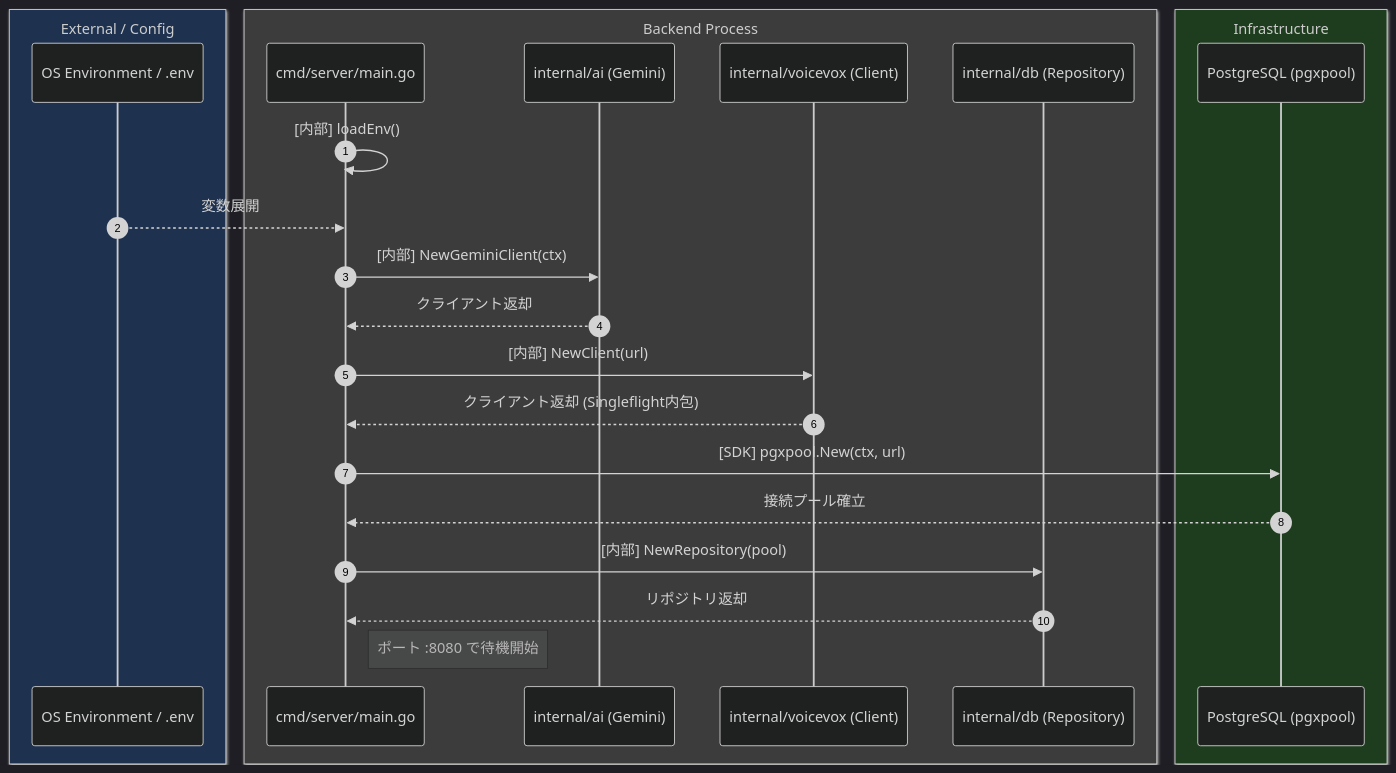
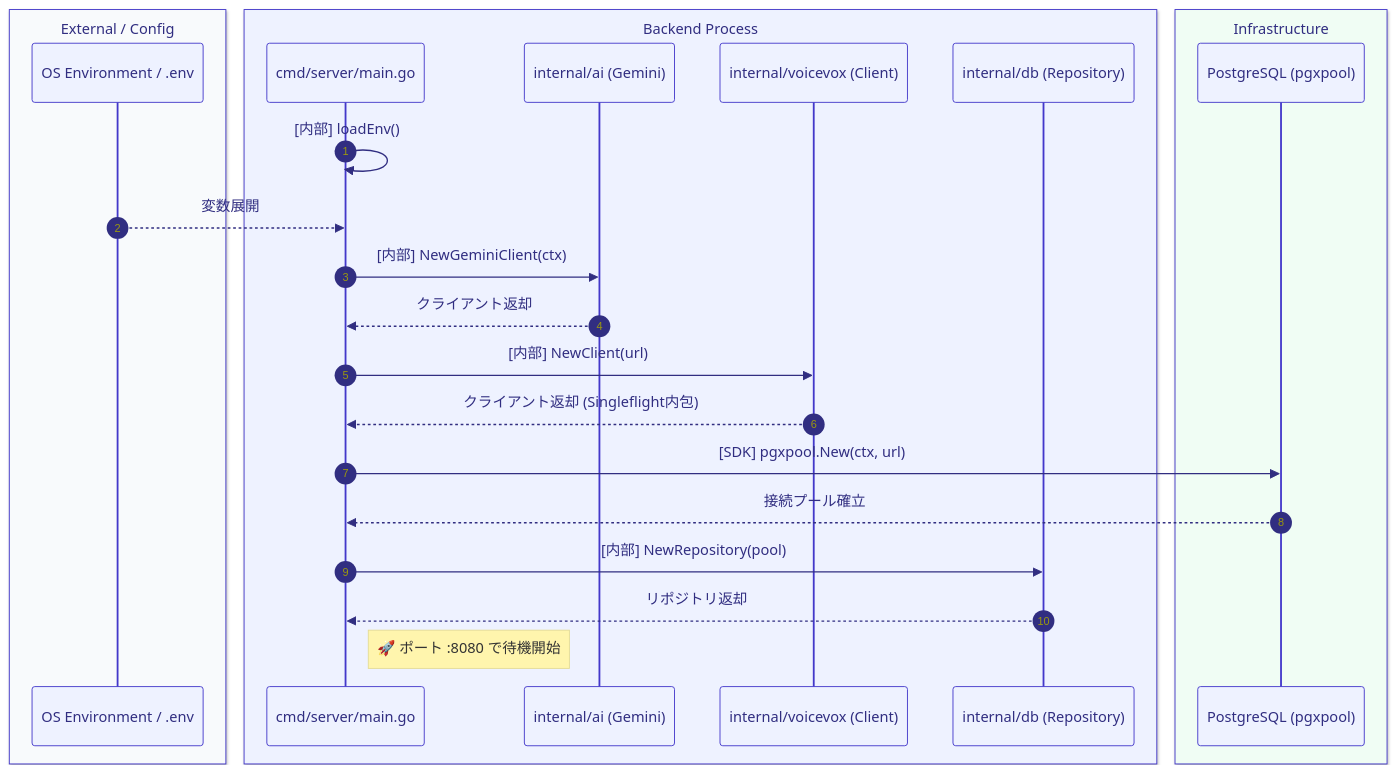
One commit to yuma25/AI-Radio-Room changed the first of 4 diagrams in docs/system_flow.md. Above: the diagram before and after it, drawn with Mermaid. The commit also changed other lines of this file and 1 other file, not shown here.

Commit message:
docs: improve visual styling and update content for frontend reference and system flow

````diff
--- a/docs/system_flow.md
+++ b/docs/system_flow.md
@@ -8,37 +10,37 @@
 ```mermaid
-%%{init: {'theme': 'dark', 'themeVariables': { 'primaryColor': '#333', 'primaryTextColor': '#fff', 'primaryBorderColor': '#777', 'lineColor': '#aaa', 'secondaryColor': '#444', 'tertiaryColor': '#222'}}}%%
+%%{init: {'theme': 'base', 'themeVariables': { 'primaryColor': '#eef2ff', 'primaryTextColor': '#312e81', 'primaryBorderColor': '#4338ca', 'lineColor': '#6366f1', 'secondaryColor': '#f0fdf4', 'tertiaryColor': '#fff'}}}%%
 sequenceDiagram
     autonumber
     
-    box rgb(30, 50, 80) External / Config
+    box rgb(248, 250, 252) External / Config
         participant Env as OS Environment / .env
     end
     
-    box rgb(60, 60, 60) Backend Process
+    box rgb(238, 242, 255) Backend Process
         participant Main as cmd/server/main.go
         participant AI as internal/ai (Gemini)
         participant VV as internal/voicevox (Client)
         participant DB as internal/db (Repository)
     end
     
-    box rgb(30, 60, 30) Infrastructure
+    box rgb(240, 253, 244) Infrastructure
         participant PG as PostgreSQL (pgxpool)
     end
 
     Main->>Main: [内部] loadEnv()
     Env-->>Main: 変数展開
     
     Main->>AI: [内部] NewGeminiClient(ctx)
     AI-->>Main: クライアント返却
     
     Main->>VV: [内部] NewClient(url)
     VV-->>Main: クライアント返却 (Singleflight内包)
     
     Main->>PG: [SDK] pgxpool.New(ctx, url)
     PG-->>Main: 接続プール確立
     
     Main->>DB: [内部] NewRepository(pool)
     DB-->>Main: リポジトリ返却
     
-    Note right of Main: ポート :8080 で待機開始
+    Note right of Main: 🚀 ポート :8080 で待機開始
 ```
````
